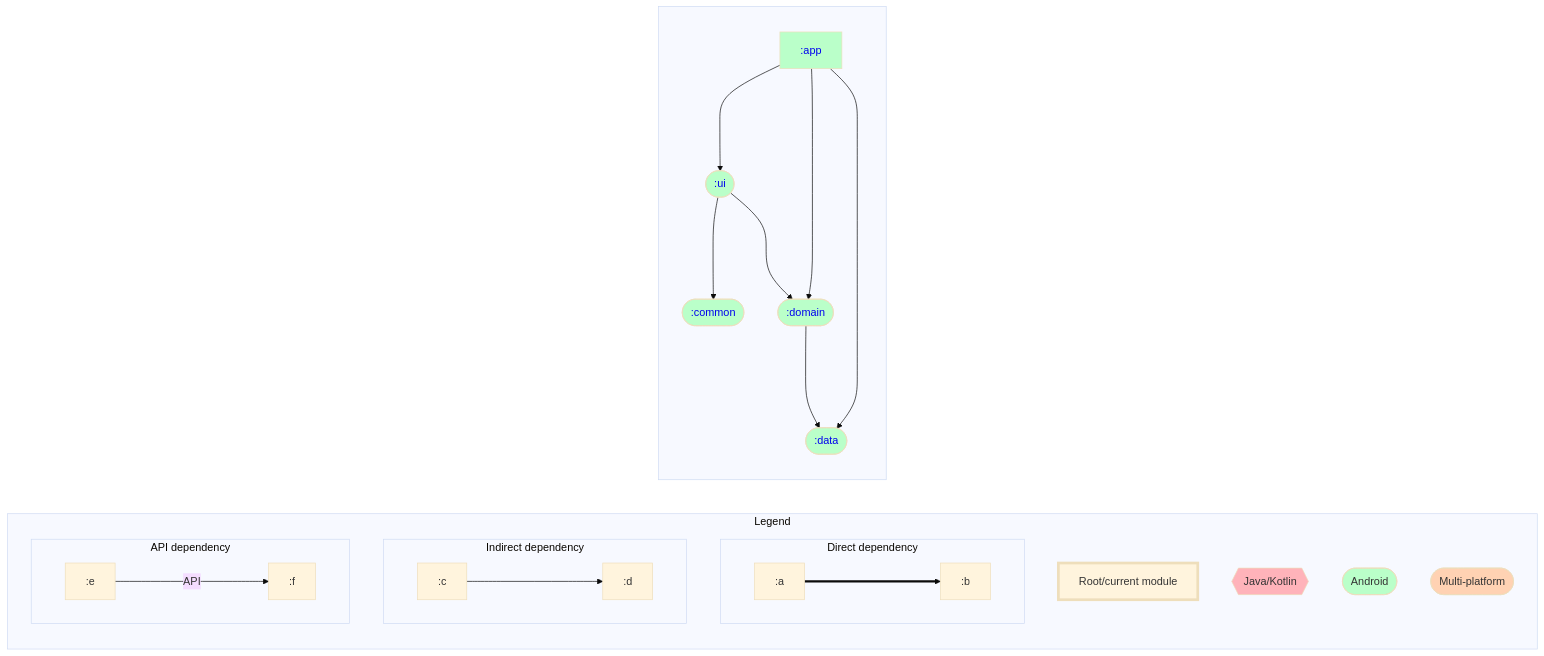
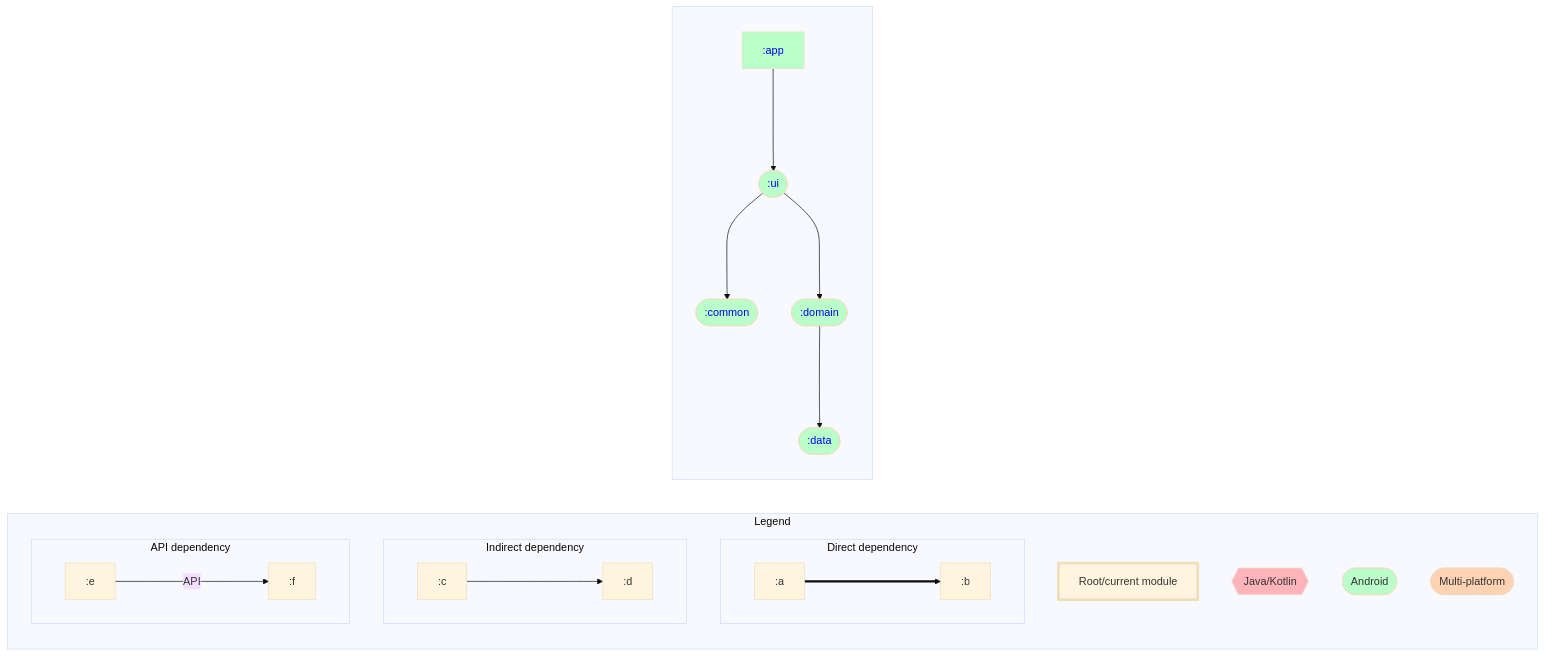
Before and after one commit to ARES-ID/Daedalus: the diagram in dependencyGraph.md, drawn with Mermaid. The commit also changed 8 other files, not shown here.

````diff
--- a/dependencyGraph.md
+++ b/dependencyGraph.md
@@ -1,51 +1,49 @@
 ```mermaid
 %%{ init: { 'theme': 'base' } }%%
 graph LR;
 
 %% Styling for module nodes by type
 classDef rootNode stroke-width:4px;
 classDef mppNode fill:#ffd2b3,color:#333333;
 classDef andNode fill:#baffc9,color:#333333;
 classDef javaNode fill:#ffb3ba,color:#333333;
 
 %% Graph types
 subgraph Legend
   direction TB;
   rootNode[Root/current module]:::rootNode;
   javaNode{{Java/Kotlin}}:::javaNode;
   andNode([Android]):::andNode;
   mppNode([Multi-platform]):::mppNode;
   subgraph Direct dependency
     direction LR;
     :a===>:b
   end
   subgraph Indirect dependency
     direction LR;
     :c--->:d
   end
   subgraph API dependency
     direction LR;
     :e--API--->:f
   end
 end
 
 %% Modules
 subgraph  
   direction TB;
   :app[<a href='https://github.com/rjspies/Daedalus/blob/main/app/dependencyGraph.md' style='text-decoration:auto'>:app</a>]:::andNode;
   :common([<a href='https://github.com/rjspies/Daedalus/blob/main/common/dependencyGraph.md' style='text-decoration:auto'>:common</a>]):::andNode;
   :data([<a href='https://github.com/rjspies/Daedalus/blob/main/data/dependencyGraph.md' style='text-decoration:auto'>:data</a>]):::andNode;
   :domain([<a href='https://github.com/rjspies/Daedalus/blob/main/domain/dependencyGraph.md' style='text-decoration:auto'>:domain</a>]):::andNode;
   :ui([<a href='https://github.com/rjspies/Daedalus/blob/main/ui/dependencyGraph.md' style='text-decoration:auto'>:ui</a>]):::andNode;
 end
 
 %% Dependencies
 :app--->:ui
-:app--->:domain
-:app--->:data
 :ui--->:common
 :ui--->:domain
 :domain--->:data
 
 %% Dependents
 ```
````
